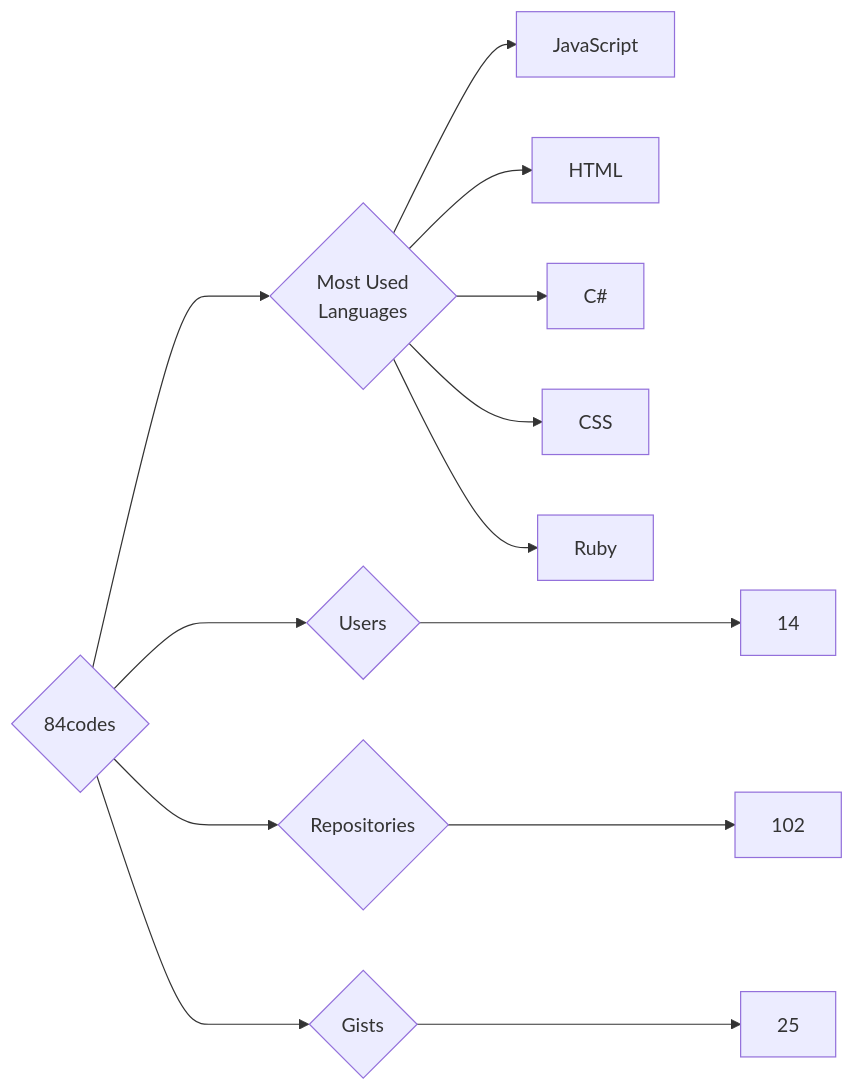
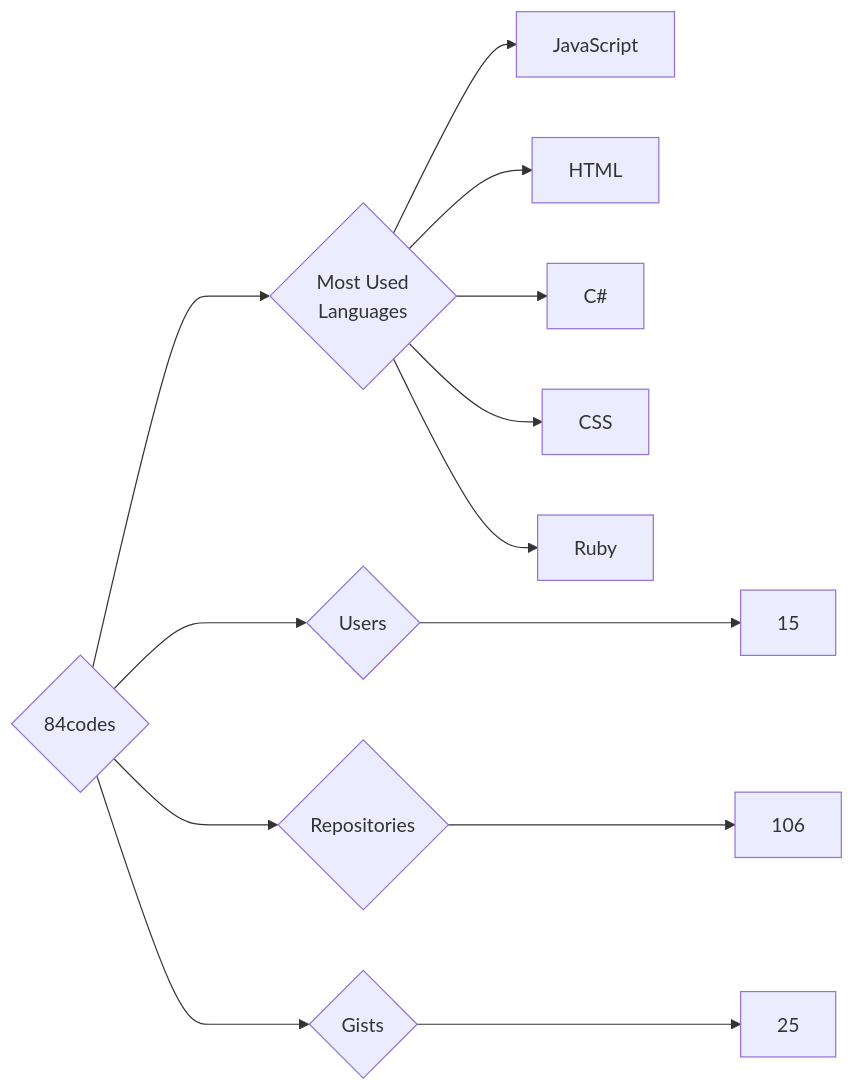
Before and after one commit to trickest/insiders: the diagram in targets/84codes/README.md, drawn with Mermaid. The commit also changed 933 other files, not shown here.

````diff
--- a/targets/84codes/README.md
+++ b/targets/84codes/README.md
@@ -3,13 +3,13 @@
 ```mermaid
 graph LR
 COMPANY_NAME{84codes}
-COMPANY_NAME ---> U{Users} ---> UN[14]
-COMPANY_NAME ---> R{Repositories} ---> RN[102]
+COMPANY_NAME ---> U{Users} ---> UN[15]
+COMPANY_NAME ---> R{Repositories} ---> RN[106]
 COMPANY_NAME ---> G{Gists} ---> GN[25]
 COMPANY_NAME ---> ML{Most Used<br>Languages}
 ML --> JavaScript[JavaScript]
 ML --> HTML[HTML]
 ML --> C#[C#]
 ML --> CSS[CSS]
 ML --> Ruby[Ruby]
 ```
````
